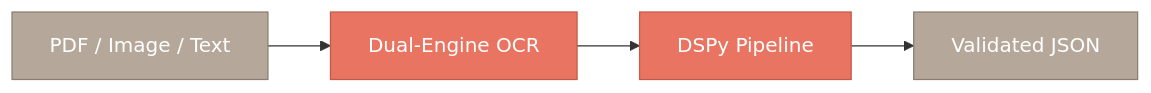
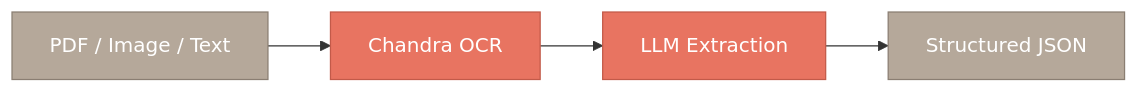
Before and after one commit to DIGIT-X-Lab/MOSAICX: the diagram in README.md, drawn with Mermaid. The commit also changed other lines of this file, not shown here.

````diff
--- a/README.md
+++ b/README.md
@@ -23,11 +23,11 @@
 ```mermaid
 flowchart LR
-    A["PDF / Image / Text"] --> B["Dual-Engine OCR"]
-    B --> C["DSPy Pipeline"]
-    C --> D["Validated JSON"]
+    A["PDF / Image / Text"] --> B["Chandra OCR"]
+    B --> C["LLM Extraction"]
+    C --> D["Structured JSON"]
 
     style A fill:#B5A89A,stroke:#8a7e72,color:#fff
     style B fill:#E87461,stroke:#c25a49,color:#fff
     style C fill:#E87461,stroke:#c25a49,color:#fff
     style D fill:#B5A89A,stroke:#8a7e72,color:#fff
 ```
````
